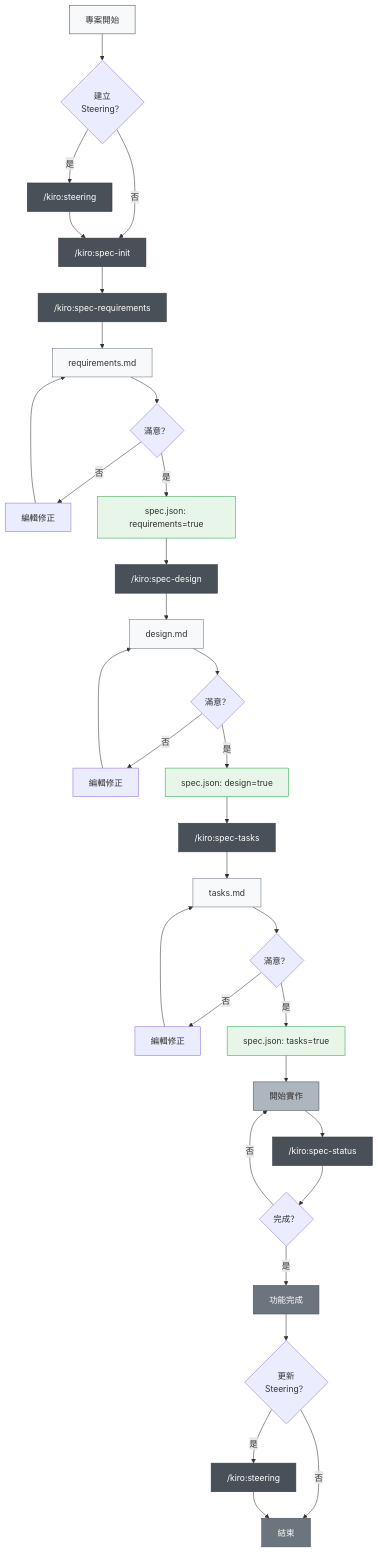
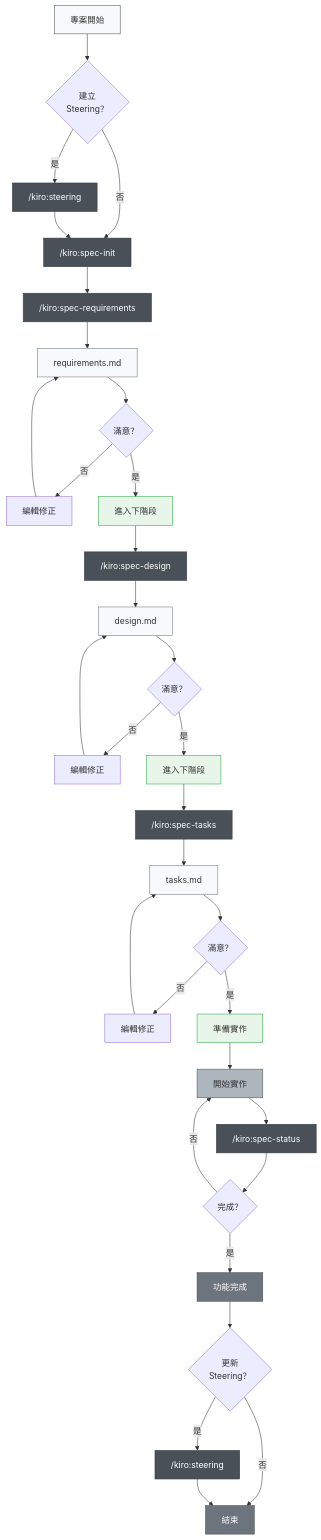
One commit to yi-john-huang/amazonq-spec changed the first of 2 diagrams in README_zh-TW.md. Above: the diagram before and after it, drawn with Mermaid. The commit also changed other lines of this file and 15 other files, not shown here.

````diff
--- a/README_zh-TW.md
+++ b/README_zh-TW.md
@@ -124,58 +115,58 @@
 ```mermaid
 graph TD
     A["專案開始"] --> B{"建立<br/>Steering？"}
     B -->|是| C["/kiro:steering"]
     B -->|否| D["/kiro:spec-init"]
     C --> D
     
     D --> E["/kiro:spec-requirements"]
     E --> F["requirements.md"]
     F --> G{"滿意？"}
     G -->|否| G1["編輯修正"]
     G1 --> F
-    G -->|是| H["spec.json: requirements=true"]
+    G -->|是| H["進入下階段"]
     
     H --> I["/kiro:spec-design"]
     I --> J["design.md"]
     J --> K{"滿意？"}
     K -->|否| K1["編輯修正"]
     K1 --> J
-    K -->|是| L["spec.json: design=true"]
+    K -->|是| L["進入下階段"]
     
     L --> M["/kiro:spec-tasks"]
     M --> N["tasks.md"]
     N --> O{"滿意？"}
     O -->|否| O1["編輯修正"]
     O1 --> N
-    O -->|是| P["spec.json: tasks=true"]
+    O -->|是| P["準備實作"]
     
     P --> Q["開始實作"]
     Q --> R["/kiro:spec-status"]
     R --> S{"完成？"}
     S -->|否| Q
     S -->|是| T["功能完成"]
     
     T --> U{"更新<br/>Steering？"}
     U -->|是| V["/kiro:steering"]
     U -->|否| W["結束"]
     V --> W
     
     %% 樣式定義
     style A fill:#f8f9fa,stroke:#495057
     style C fill:#495057,stroke:#343a40,color:#ffffff
     style D fill:#495057,stroke:#343a40,color:#ffffff
     style E fill:#495057,stroke:#343a40,color:#ffffff
     style I fill:#495057,stroke:#343a40,color:#ffffff
     style M fill:#495057,stroke:#343a40,color:#ffffff
     style R fill:#495057,stroke:#343a40,color:#ffffff
     style V fill:#495057,stroke:#343a40,color:#ffffff
     style F fill:#f8f9fa,stroke:#6c757d
     style J fill:#f8f9fa,stroke:#6c757d
     style N fill:#f8f9fa,stroke:#6c757d
     style H fill:#e8f5e9,stroke:#28a745
     style L fill:#e8f5e9,stroke:#28a745
     style P fill:#e8f5e9,stroke:#28a745
     style Q fill:#adb5bd,stroke:#495057
     style T fill:#6c757d,stroke:#495057,color:#ffffff
     style W fill:#6c757d,stroke:#495057,color:#ffffff
 ```
````
